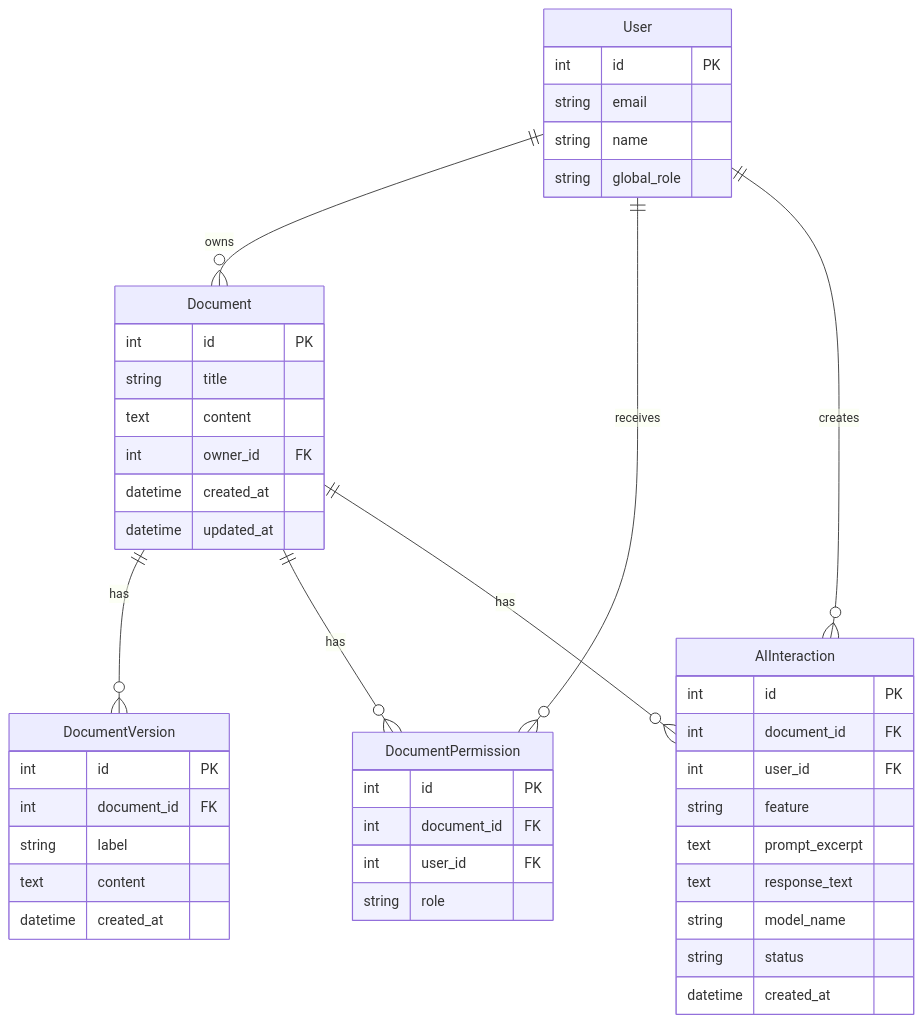
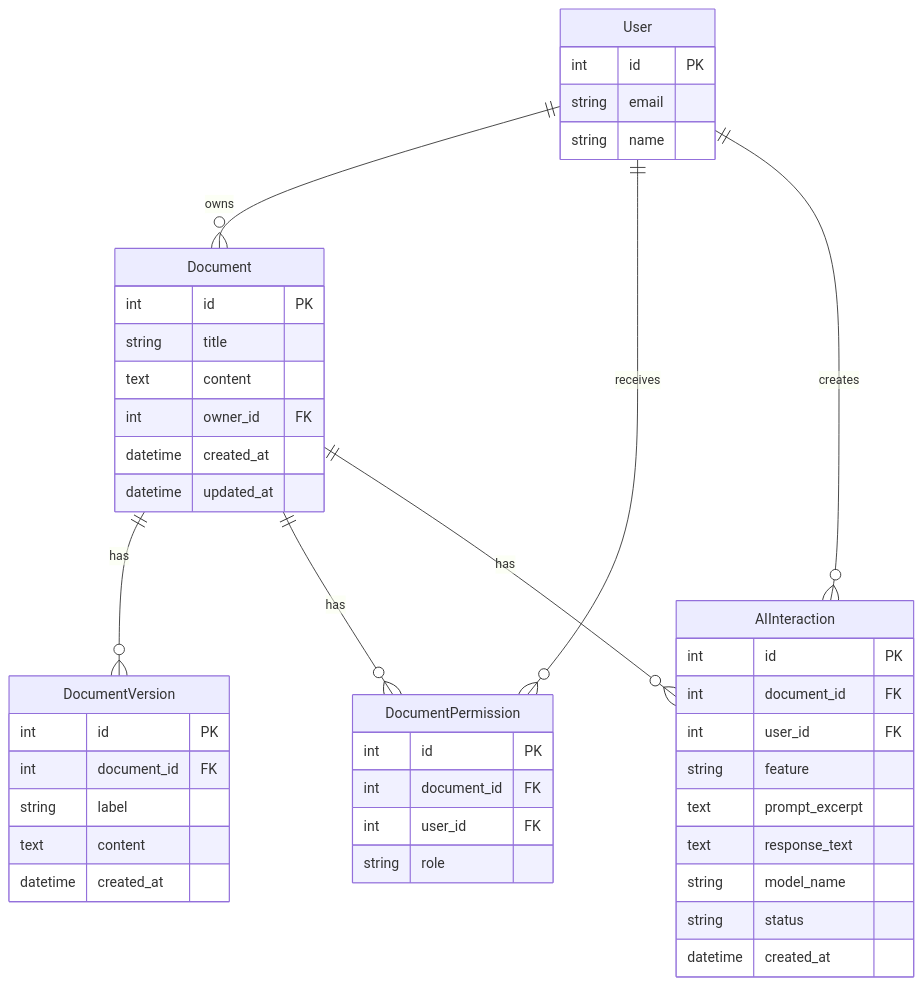
The fourth of 5 diagrams in report.md (Yelar/AI1220B-task-1), drawn with Mermaid before and after one commit. The commit also changed other lines of this file and 1 other file, not shown here.

````diff
--- a/report.md
+++ b/report.md
@@ -577,52 +597,51 @@
 ```mermaid
 erDiagram
     User {
         int id PK
         string email
         string name
-        string global_role
     }
 
     Document {
         int id PK
         string title
         text content
         int owner_id FK
         datetime created_at
         datetime updated_at
     }
 
     DocumentVersion {
         int id PK
         int document_id FK
         string label
         text content
         datetime created_at
     }
 
     DocumentPermission {
         int id PK
         int document_id FK
         int user_id FK
         string role
     }
 
     AIInteraction {
         int id PK
         int document_id FK
         int user_id FK
         string feature
         text prompt_excerpt
         text response_text
         string model_name
         string status
         datetime created_at
     }
 
     User ||--o{ Document : owns
     User ||--o{ DocumentPermission : receives
     User ||--o{ AIInteraction : creates
     Document ||--o{ DocumentVersion : has
     Document ||--o{ DocumentPermission : has
     Document ||--o{ AIInteraction : has
 ```
````
